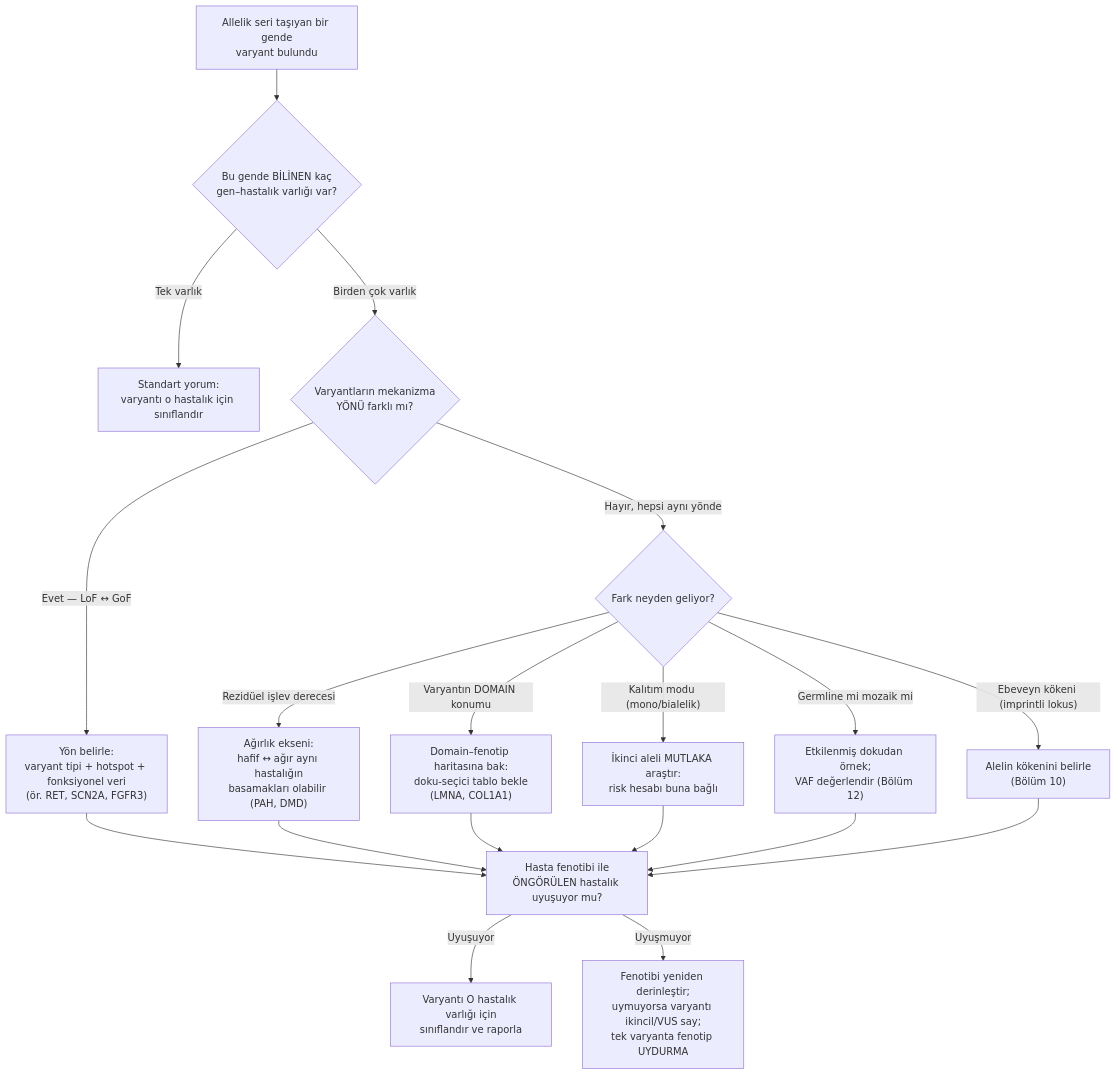
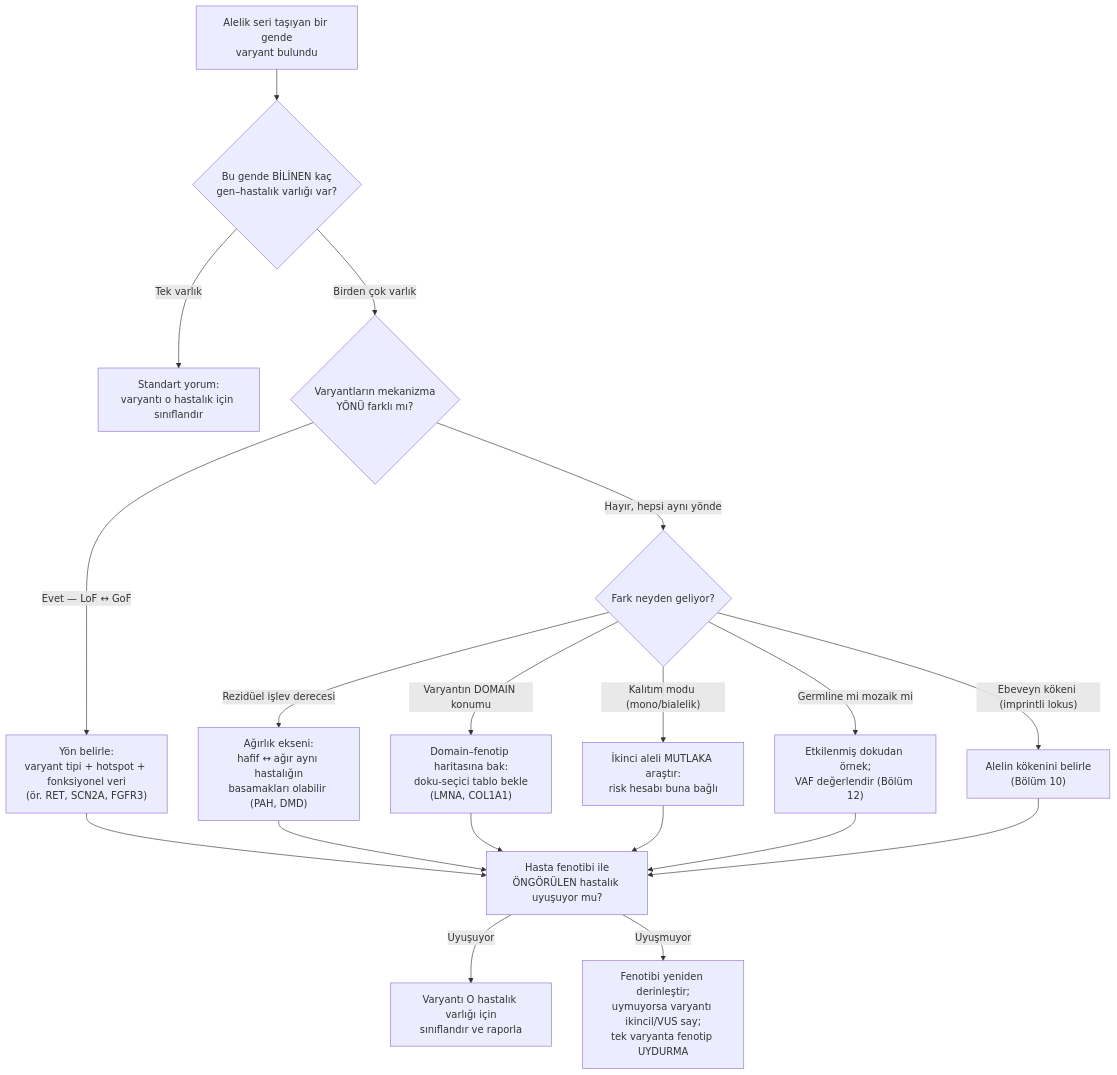
Before and after one commit to MDKalenderoglu/Mekanizma_Kitab-: the first of 3 diagrams in Bölüm_15_Ayni_Gen_Farkli_Hastalik.md, drawn with Mermaid. The commit also changed other lines of this file and 21 other files, not shown here.

````diff
--- a/Bölüm_15_Ayni_Gen_Farkli_Hastalik.md
+++ b/Bölüm_15_Ayni_Gen_Farkli_Hastalik.md
@@ -157,25 +157,25 @@
 ```mermaid
 flowchart TD
-  A["Allelik seri taşıyan bir gende<br/>varyant bulundu"] --> B{"Bu gende BİLİNEN kaç<br/>gen–hastalık varlığı var?"}
+  A["Alelik seri taşıyan bir gende<br/>varyant bulundu"] --> B{"Bu gende BİLİNEN kaç<br/>gen–hastalık varlığı var?"}
   B -->|"Tek varlık"| C["Standart yorum:<br/>varyantı o hastalık için sınıflandır"]
   B -->|"Birden çok varlık"| D{"Varyantların mekanizma<br/>YÖNÜ farklı mı?"}
 
   D -->|"Evet — LoF ↔ GoF"| E["Yön belirle:<br/>varyant tipi + hotspot + fonksiyonel veri<br/>(ör. RET, SCN2A, FGFR3)"]
   D -->|"Hayır, hepsi aynı yönde"| F{"Fark neyden geliyor?"}
 
   F -->|"Rezidüel işlev derecesi"| G["Ağırlık ekseni:<br/>hafif ↔ ağır aynı hastalığın<br/>basamakları olabilir (PAH, DMD)"]
   F -->|"Varyantın DOMAIN konumu"| H["Domain–fenotip haritasına bak:<br/>doku-seçici tablo bekle<br/>(LMNA, COL1A1)"]
   F -->|"Kalıtım modu (mono/bialelik)"| I["İkinci aleli MUTLAKA araştır:<br/>risk hesabı buna bağlı"]
   F -->|"Germline mi mozaik mi"| J["Etkilenmiş dokudan örnek;<br/>VAF değerlendir (Bölüm 12)"]
   F -->|"Ebeveyn kökeni (imprintli lokus)"| K["Alelin kökenini belirle<br/>(Bölüm 10)"]
 
   E --> L["Hasta fenotibi ile<br/>ÖNGÖRÜLEN hastalık uyuşuyor mu?"]
   G --> L
   H --> L
   I --> L
   J --> L
   K --> L
 
   L -->|"Uyuşuyor"| M["Varyantı O hastalık varlığı için<br/>sınıflandır ve raporla"]
   L -->|"Uyuşmuyor"| N["Fenotibi yeniden derinleştir;<br/>uymuyorsa varyantı ikincil/VUS say;<br/>tek varyanta fenotip UYDURMA"]
 ```
````
